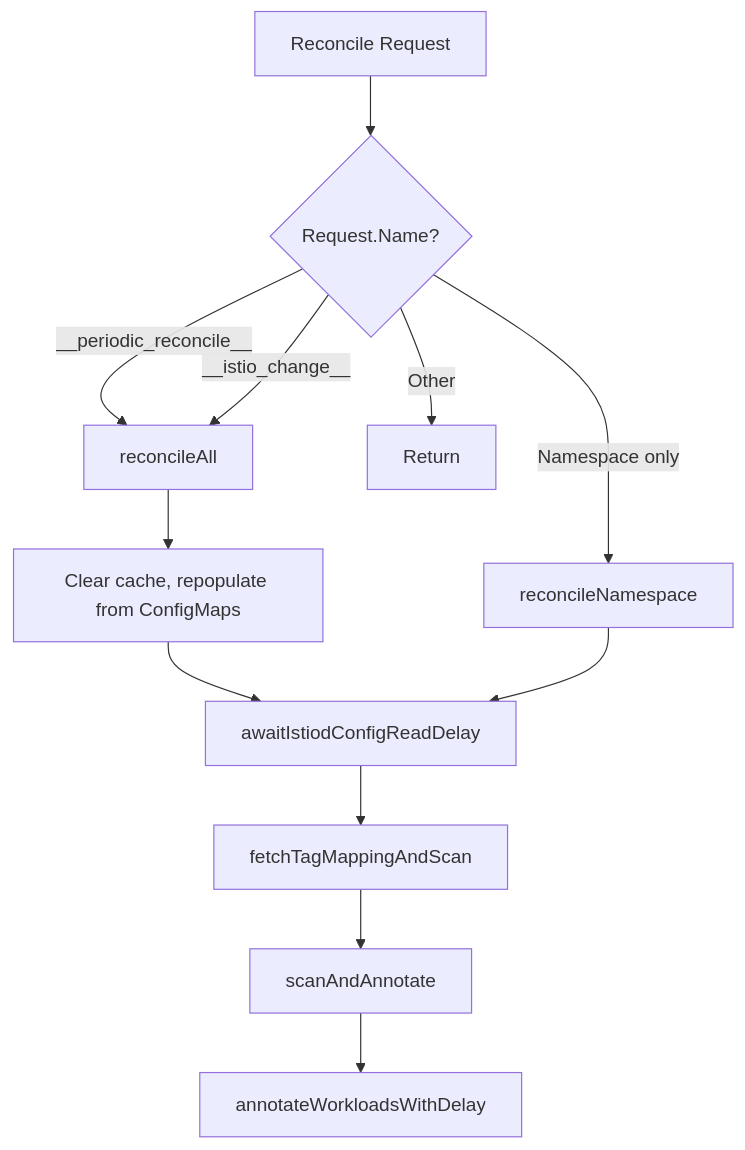
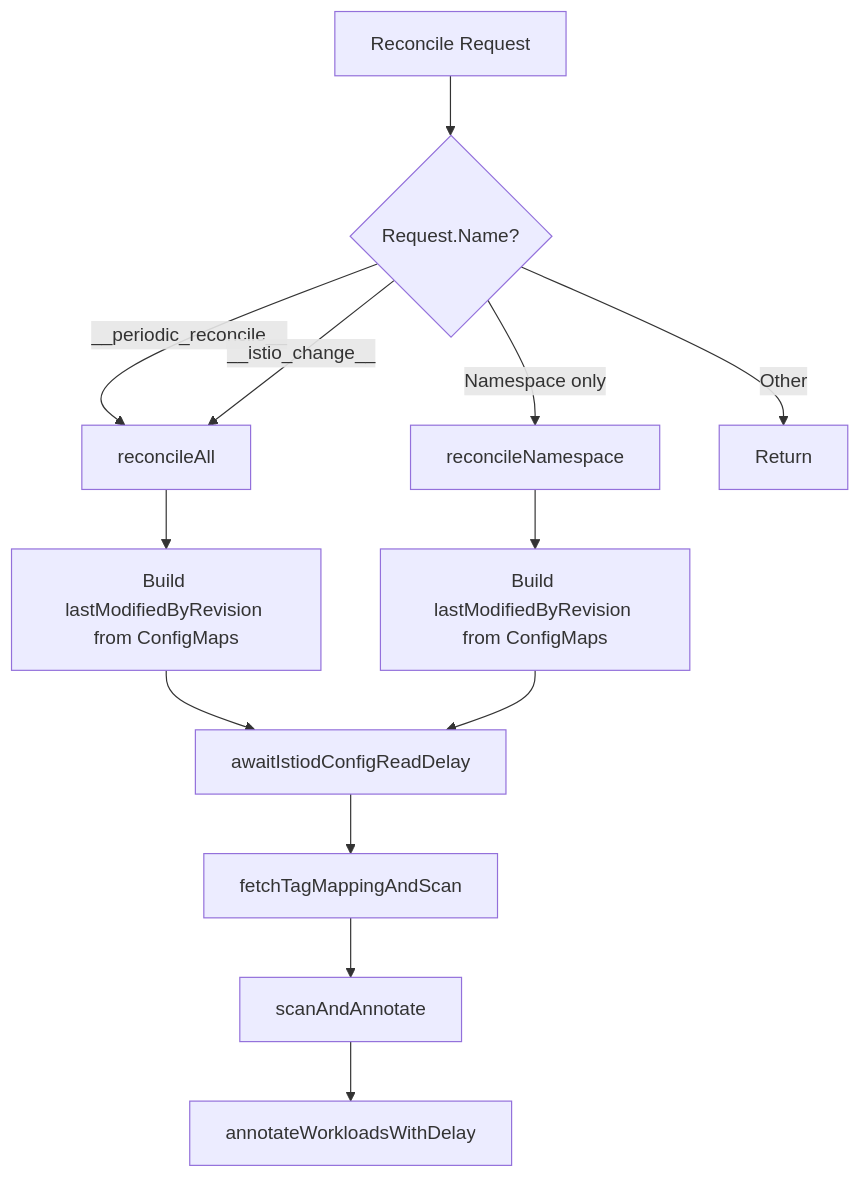
Before and after one commit to istio-ecosystem/fortsa: the second of 3 diagrams in ARCHITECTURE.md, drawn with Mermaid. The commit also changed other lines of this file and 7 other files, not shown here.

````diff
--- a/ARCHITECTURE.md
+++ b/ARCHITECTURE.md
@@ -114,15 +114,16 @@
 ```mermaid
 flowchart TD
     Reconcile[Reconcile Request]
     Reconcile --> CheckName{Request.Name?}
     CheckName -->|"__periodic_reconcile__"| ReconcileAll[reconcileAll]
     CheckName -->|"__istio_change__"| ReconcileAll
     CheckName -->|Namespace only| ReconcileNS[reconcileNamespace]
     CheckName -->|Other| Return[Return]
-    ReconcileAll --> ClearCache[Clear cache, repopulate from ConfigMaps]
-    ClearCache --> AwaitDelay[awaitIstiodConfigReadDelay]
-    ReconcileNS --> AwaitDelay
+    ReconcileAll --> BuildRev[Build lastModifiedByRevision from ConfigMaps]
+    BuildRev --> AwaitDelay[awaitIstiodConfigReadDelay]
+    ReconcileNS --> BuildRevNS[Build lastModifiedByRevision from ConfigMaps]
+    BuildRevNS --> AwaitDelay
     AwaitDelay --> FetchTag[fetchTagMappingAndScan]
     FetchTag --> ScanAnnotate[scanAndAnnotate]
     ScanAnnotate --> AnnotateDelay[annotateWorkloadsWithDelay]
 ```
````
